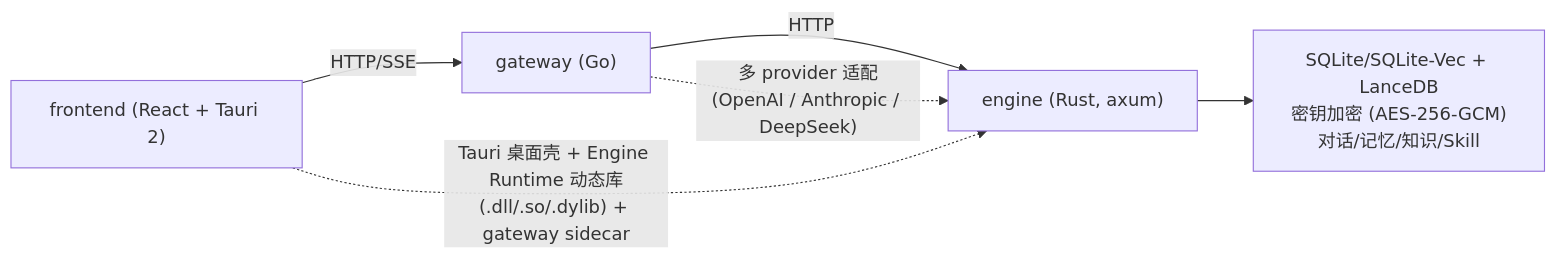
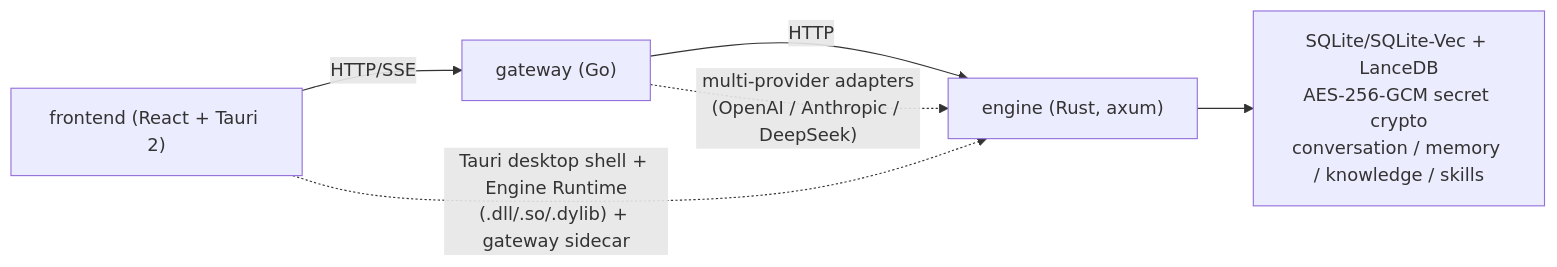
One commit to CreationWong/EncoreHub changed the diagram in README.md. Above: the diagram before and after it, drawn with Mermaid. The commit also changed other lines of this file and 4 other files, not shown here.

````diff
--- a/README.md
+++ b/README.md
@@ -10,13 +65,13 @@
 ```mermaid
 flowchart LR
     FE["frontend (React + Tauri 2)"]
     GW["gateway (Go)"]
     EN["engine (Rust, axum)"]
-    STORE["SQLite/SQLite-Vec + LanceDB<br/>密钥加密 (AES-256-GCM)<br/>对话/记忆/知识/Skill"]
+    STORE["SQLite/SQLite-Vec + LanceDB<br/>AES-256-GCM secret crypto<br/>conversation / memory / knowledge / skills"]
 
     FE -- "HTTP/SSE" --> GW
     GW -- "HTTP" --> EN
-    FE -. "Tauri 桌面壳 + Engine Runtime 动态库<br/>(.dll/.so/.dylib) + gateway sidecar" .-> EN
-    GW -. "多 provider 适配<br/>(OpenAI / Anthropic / DeepSeek)" .-> EN
+    FE -. "Tauri desktop shell + Engine Runtime<br/>(.dll/.so/.dylib) + gateway sidecar" .-> EN
+    GW -. "multi-provider adapters<br/>(OpenAI / Anthropic / DeepSeek)" .-> EN
     EN --> STORE
 ```
````
